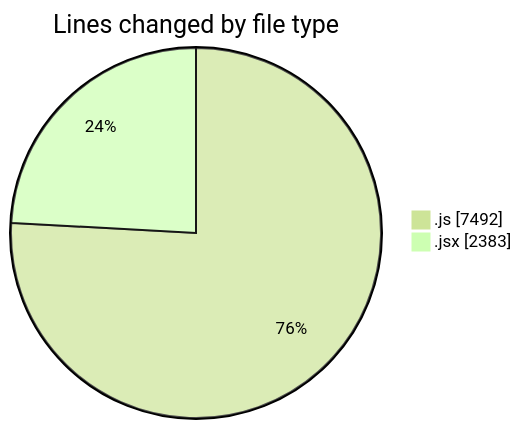
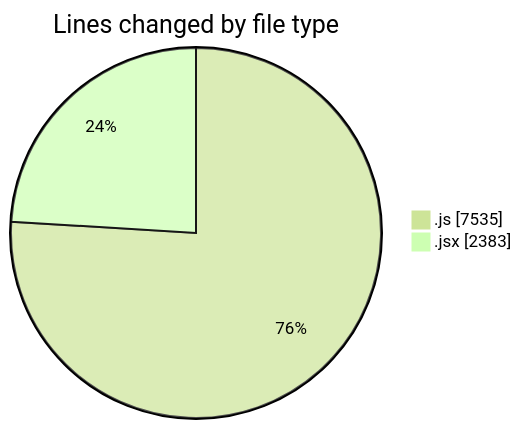
The first of 2 diagrams in 2025-12-10/nxtqube_webapp/README.md (nxtqubesakshisongat/code-tracking), drawn with Mermaid (forest theme) before and after one commit. The commit also changed other lines of this file and 1 other file, not shown here.

````diff
--- a/2025-12-10/nxtqube_webapp/README.md
+++ b/2025-12-10/nxtqube_webapp/README.md
@@ -21,6 +21,6 @@
 ```mermaid
 pie showData
 title Lines changed by file type
-".js" : 7492
+".js" : 7535
 ".jsx" : 2383
 ```
````
